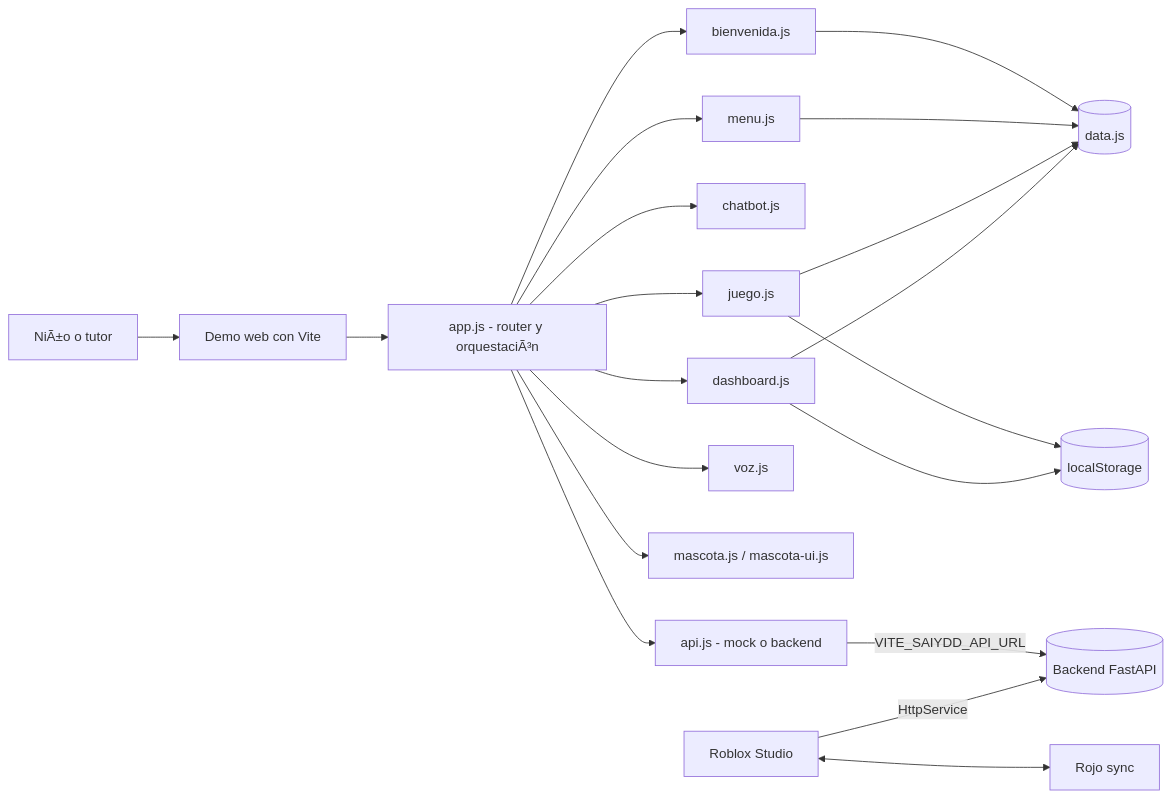
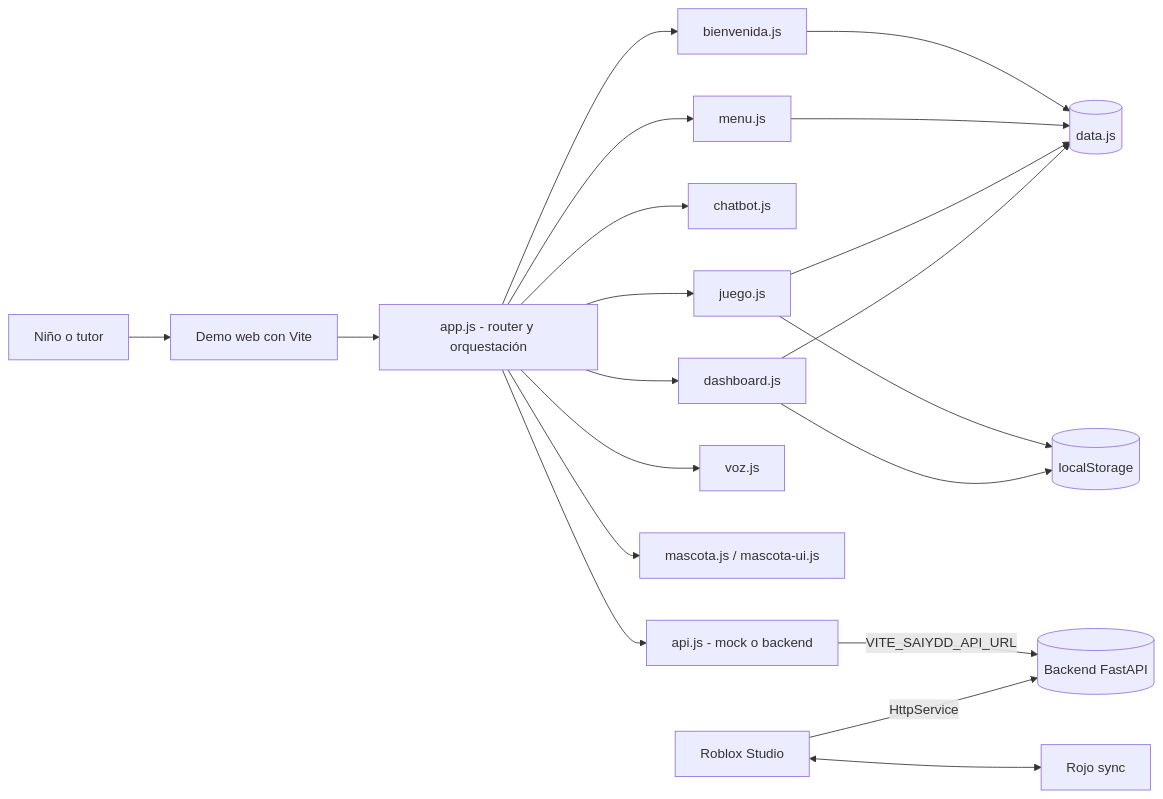
One commit to gproatechnology/GProA_SAIyDD changed the first of 4 diagrams in README.md. Above: the diagram before and after it, drawn with Mermaid. The commit also changed other lines of this file and 2 other files, not shown here.

Commit message:
fix(docs): repair mojibake in README, align roadmap with stage 8 and add root pytest.ini

````diff
--- a/README.md
+++ b/README.md
@@ -22,22 +22,22 @@
 ```mermaid
 flowchart LR
-    U[NiÃ±o o tutor] --> W[Demo web con Vite]
-    W --> A[app.js - router y orquestaciÃ³n]
+    U[Niño o tutor] --> W[Demo web con Vite]
+    W --> A[app.js - router y orquestación]
     A --> B[bienvenida.js]
     A --> M[menu.js]
     A --> C[chatbot.js]
     A --> J[juego.js]
     A --> G[dashboard.js]
     A --> V[voz.js]
     A --> P[mascota.js / mascota-ui.js]
     B --> D[(data.js)]
     M --> D
     J --> D
     G --> D
     J --> L[(localStorage)]
     G --> L
     A --> API[api.js - mock o backend]
     API -- VITE_SAIYDD_API_URL --> BE[(Backend FastAPI)]
     X[Roblox Studio] -- HttpService --> BE
     X <--> ROJO[Rojo sync]
 ```
````
